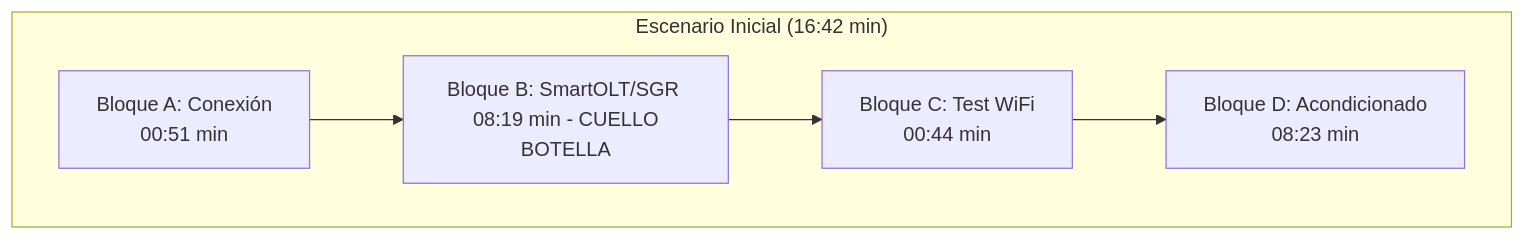
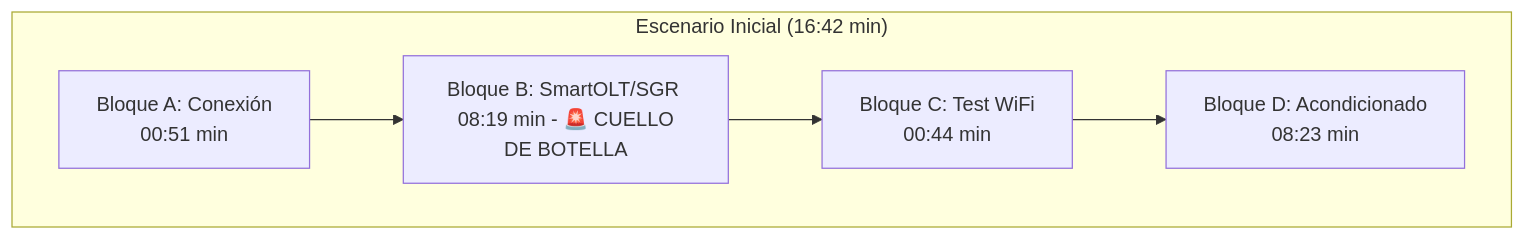
One commit to elingenierok/procedimientos-isp changed the first of 2 diagrams in docs/diagnosticos/DG-EQU-001.md. Above: the diagram before and after it, drawn with Mermaid. The commit also changed other lines of this file, not shown here.

Commit message:
Update diagrams with improved labels and icons

````diff
--- a/docs/diagnosticos/DG-EQU-001.md
+++ b/docs/diagnosticos/DG-EQU-001.md
@@ -44,8 +44,8 @@
 ```mermaid
 graph TD
     subgraph ANTES ["Escenario Inicial (16:42 min)"]
-        A1[Bloque A: Conexión <br/> 00:51 min] --> A2[Bloque B: SmartOLT/SGR <br/> 08:19 min - CUELLO BOTELLA]
+        A1[Bloque A: Conexión <br/> 00:51 min] --> A2[Bloque B: SmartOLT/SGR <br/> 08:19 min - 🚨 CUELLO DE BOTELLA]
         A2 --> A3[Bloque C: Test WiFi <br/> 00:44 min]
         A3 --> A4[Bloque D: Acondicionado <br/> 08:23 min]
     end
 ```
````
